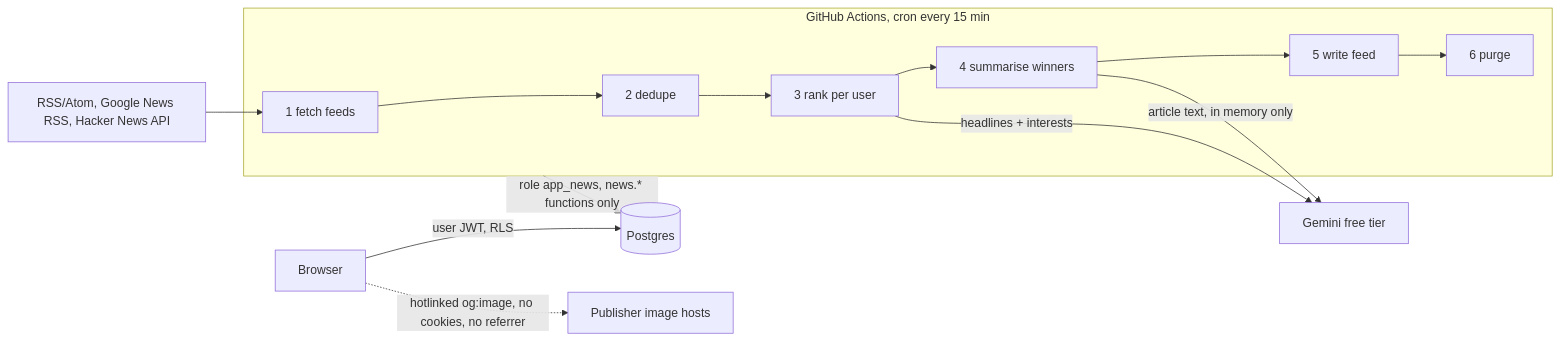
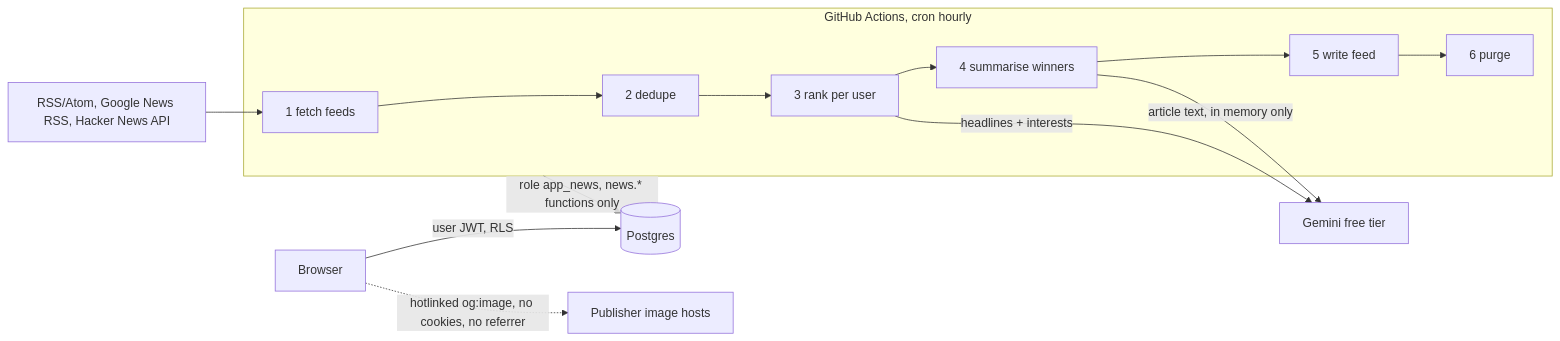
One commit to yashcontractor04/portfolio changed the fourth of 4 diagrams in docs/ARCHITECTURE.md. Above: the diagram before and after it, drawn with Mermaid. The commit also changed other lines of this file and 4 other files, not shown here.

First line of the commit message:
News: hourly schedule instead of every 15 minutes

````diff
--- a/docs/ARCHITECTURE.md
+++ b/docs/ARCHITECTURE.md
@@ -236,12 +236,12 @@
 ```mermaid
 flowchart LR
-  subgraph GHA[GitHub Actions, cron every 15 min]
+  subgraph GHA[GitHub Actions, cron hourly]
     F[1 fetch feeds] --> D[2 dedupe] --> R[3 rank per user] --> S[4 summarise winners] --> W[5 write feed] --> P[6 purge]
   end
   SRC[RSS/Atom, Google News RSS, Hacker News API] --> F
   R -- "headlines + interests" --> LLM[Gemini free tier]
   S -- "article text, in memory only" --> LLM
   GHA -- "role app_news, news.* functions only" --> DB[(Postgres)]
   B[Browser] -- "user JWT, RLS" --> DB
   B -. "hotlinked og:image, no cookies, no referrer" .-> PUB[Publisher image hosts]
 ```
````
